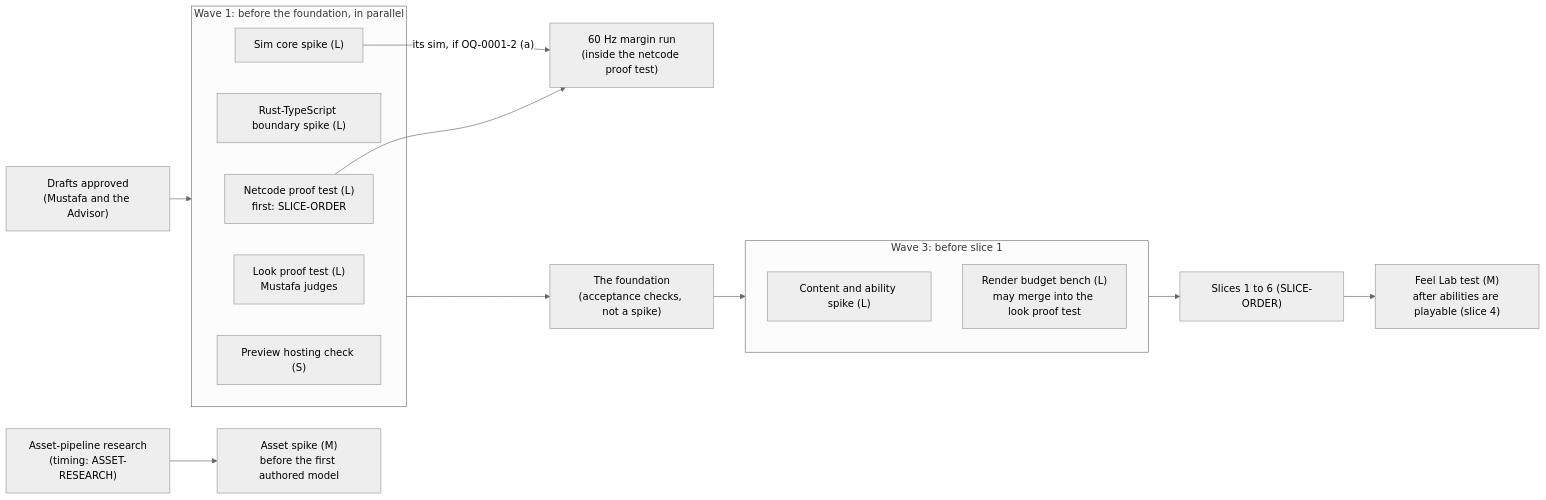
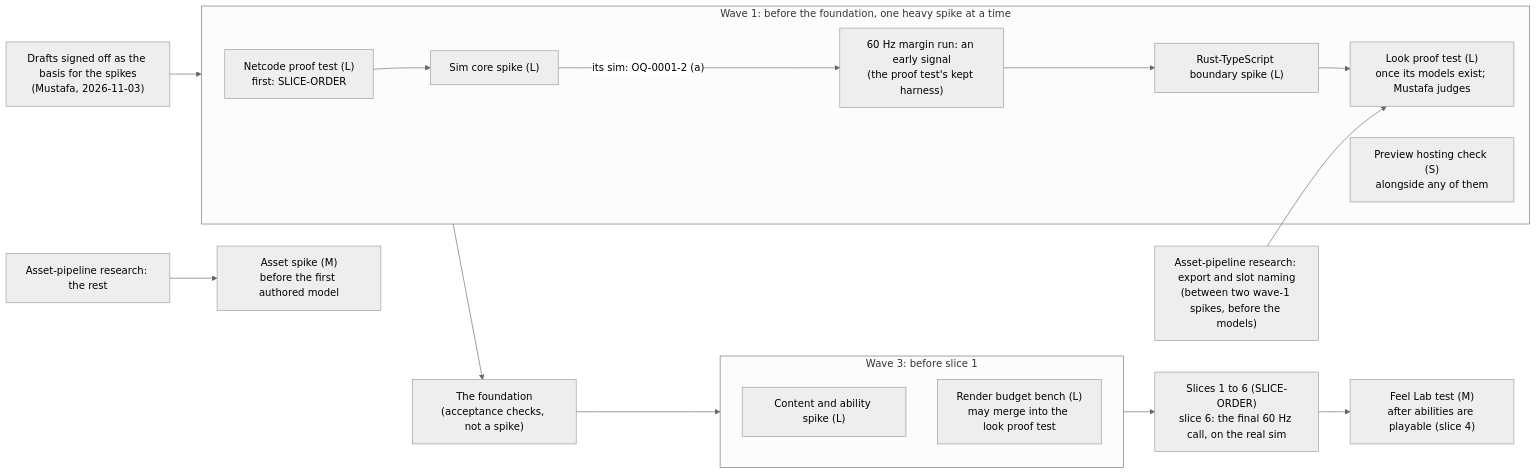
The diagram in docs/SPIKE_PLAN.md (Mergincanli/Shamble-Frontlines), drawn with Mermaid (neutral theme) before and after one commit. The commit also changed other lines of this file and 9 other files, not shown here.

First line of the commit message:
docs: the stop's answers recorded in the drafts, the synthesis and GLOSSARY §8 (Mustafa and the Advisor, 2026-11-03) [skip ci]

````diff
--- a/docs/SPIKE_PLAN.md
+++ b/docs/SPIKE_PLAN.md
@@ -45,22 +54,21 @@
 ```mermaid
 flowchart LR
-  A["Drafts approved<br/>(Mustafa and the Advisor)"] --> W1
-  subgraph W1["Wave 1: before the foundation, in parallel"]
-    NPT["Netcode proof test (L)<br/>first: SLICE-ORDER"]
-    BND["Rust-TypeScript boundary spike (L)"]
-    SIM["Sim core spike (L)"]
-    LOOK["Look proof test (L)<br/>Mustafa judges"]
-    PREV["Preview hosting check (S)"]
+  A["Drafts signed off as the basis for the spikes<br/>(Mustafa, 2026-11-03)"] --> W1
+  subgraph W1["Wave 1: before the foundation, one heavy spike at a time"]
+    NPT["Netcode proof test (L)<br/>first: SLICE-ORDER"] --> SIM["Sim core spike (L)"]
+    SIM -->|"its sim: OQ-0001-2 (a)"| M60["60 Hz margin run: an early signal<br/>(the proof test's kept harness)"]
+    M60 --> BND["Rust-TypeScript boundary spike (L)"]
+    BND --> LOOK["Look proof test (L)<br/>once its models exist; Mustafa judges"]
+    PREV["Preview hosting check (S)<br/>alongside any of them"]
   end
-  SIM -->|"its sim, if OQ-0001-2 (a)"| M60["60 Hz margin run<br/>(inside the netcode proof test)"]
-  NPT --> M60
   W1 --> F["The foundation<br/>(acceptance checks, not a spike)"]
   F --> W3
   subgraph W3["Wave 3: before slice 1"]
     CA["Content and ability spike (L)"]
     RBB["Render budget bench (L)<br/>may merge into the look proof test"]
   end
-  W3 --> S["Slices 1 to 6 (SLICE-ORDER)"]
-  APR["Asset-pipeline research<br/>(timing: ASSET-RESEARCH)"] --> AS["Asset spike (M)<br/>before the first authored model"]
+  W3 --> S["Slices 1 to 6 (SLICE-ORDER)<br/>slice 6: the final 60 Hz call, on the real sim"]
+  APX["Asset-pipeline research: export and slot naming<br/>(between two wave-1 spikes, before the models)"] --> LOOK
+  APR["Asset-pipeline research: the rest"] --> AS["Asset spike (M)<br/>before the first authored model"]
   S --> FL["Feel Lab test (M)<br/>after abilities are playable (slice 4)"]
 ```
````
